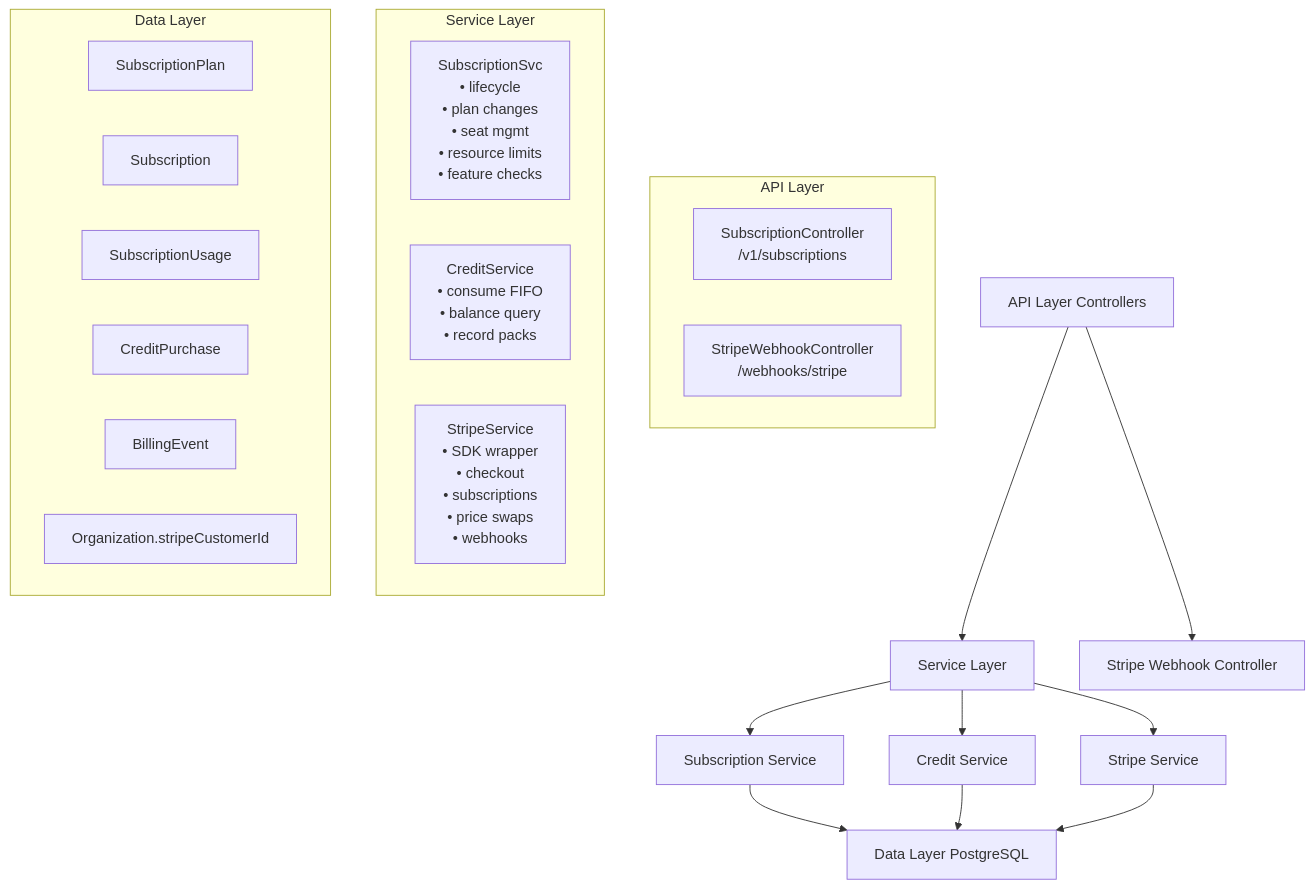
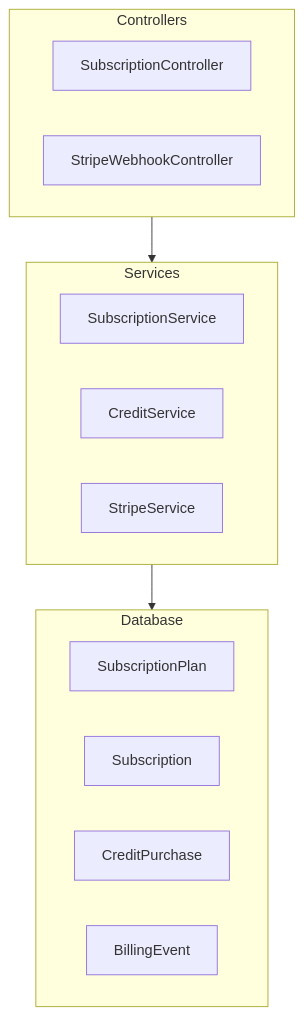
Before and after one commit to tech-propwise-org/docs: the first of 2 diagrams in backend/subscription/subscription-module-specification-active.mdx, drawn with Mermaid. The commit also changed other lines of this file and 61 other files, not shown here.

````diff
--- a/backend/subscription/subscription-module-specification-active.mdx
+++ b/backend/subscription/subscription-module-specification-active.mdx
@@ -64,33 +71,23 @@
 ```mermaid
 graph TB
-    A[API Layer Controllers] --> B[Service Layer]
-    A --> C[Stripe Webhook Controller]
+    A[API Layer] --> B[Service Layer]
+    B --> C[Data Layer]
     
-    B --> D[Subscription Service]
-    B --> E[Credit Service]
-    B --> F[Stripe Service]
-    
-    D --> G[Data Layer PostgreSQL]
-    E --> G
-    F --> G
-    
-    subgraph "API Layer"
-        A1[SubscriptionController<br/>/v1/subscriptions]
-        A2[StripeWebhookController<br/>/webhooks/stripe]
+    subgraph A[Controllers]
+        A1[SubscriptionController]
+        A2[StripeWebhookController]
     end
     
-    subgraph "Service Layer"
-        D1[SubscriptionSvc<br/>• lifecycle<br/>• plan changes<br/>• seat mgmt<br/>• resource limits<br/>• feature checks]
-        E1[CreditService<br/>• consume FIFO<br/>• balance query<br/>• record packs]
-        F1[StripeService<br/>• SDK wrapper<br/>• checkout<br/>• subscriptions<br/>• price swaps<br/>• webhooks]
+    subgraph B[Services]
+        B1[SubscriptionService]
+        B2[CreditService]
+        B3[StripeService]
     end
     
-    subgraph "Data Layer"
-        G1[SubscriptionPlan]
-        G2[Subscription]
-        G3[SubscriptionUsage]
-        G4[CreditPurchase]
-        G5[BillingEvent]
-        G6[Organization.stripeCustomerId]
+    subgraph C[Database]
+        C1[SubscriptionPlan]
+        C2[Subscription]
+        C3[CreditPurchase]
+        C4[BillingEvent]
     end
 ```
````
